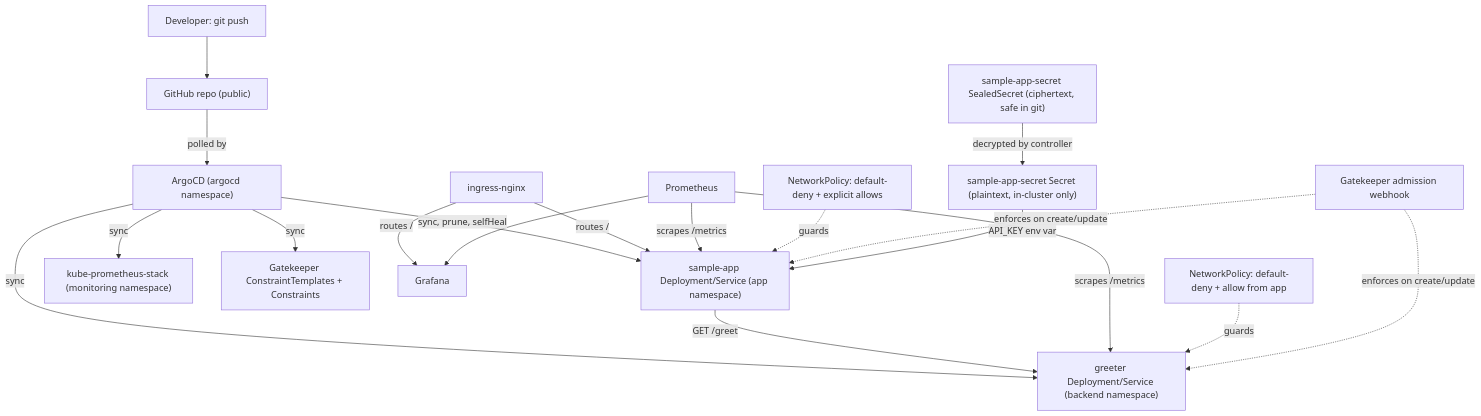
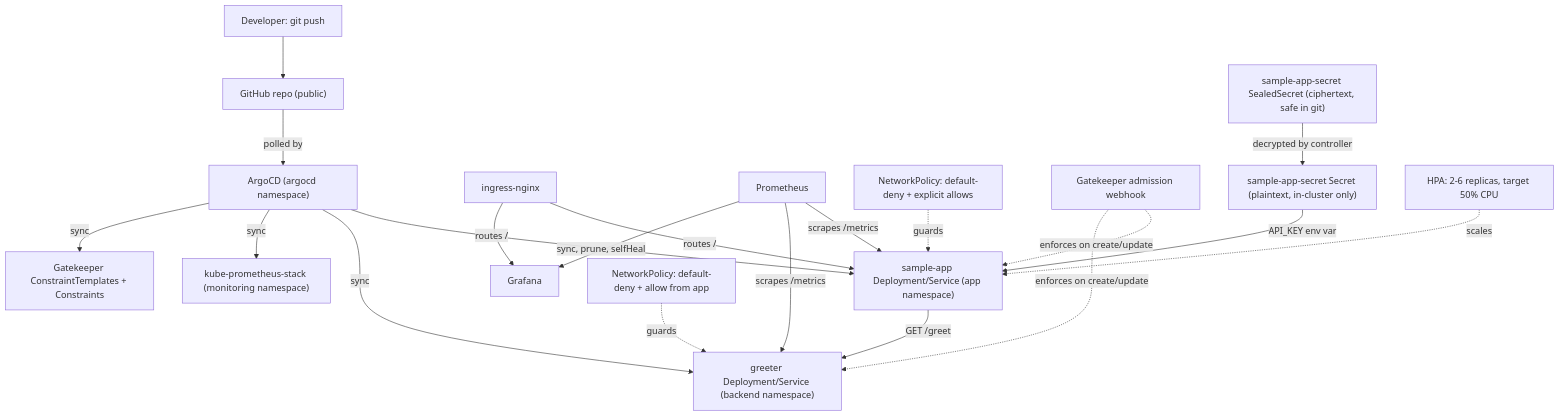
Before and after one commit to soodrajesh/minikube-gitops-platform: the diagram in README.md, drawn with Mermaid. The commit also changed other lines of this file and 4 other files, not shown here.

````diff
--- a/README.md
+++ b/README.md
@@ -11,21 +11,22 @@
 ```mermaid
 graph TD
     Dev["Developer: git push"] --> GH["GitHub repo (public)"]
     GH -->|polled by| ArgoCD["ArgoCD (argocd namespace)"]
     ArgoCD -->|sync, prune, selfHeal| App["sample-app Deployment/Service (app namespace)"]
     ArgoCD -->|sync| Backend["greeter Deployment/Service (backend namespace)"]
     ArgoCD -->|sync| Monitoring["kube-prometheus-stack (monitoring namespace)"]
     ArgoCD -->|sync| Policies["Gatekeeper ConstraintTemplates + Constraints"]
     Ingress["ingress-nginx"] -->|routes /| App
     Ingress -->|routes /| Grafana["Grafana"]
     App -->|GET /greet| Backend
     Prometheus["Prometheus"] -->|scrapes /metrics| App
     Prometheus -->|scrapes /metrics| Backend
     Prometheus --> Grafana
     NetPol["NetworkPolicy: default-deny + explicit allows"] -.guards.-> App
     NetPol2["NetworkPolicy: default-deny + allow from app"] -.guards.-> Backend
     Gatekeeper["Gatekeeper admission webhook"] -.enforces on create/update.-> App
     Gatekeeper -.enforces on create/update.-> Backend
     SealedSecret["sample-app-secret SealedSecret (ciphertext, safe in git)"] -->|decrypted by controller| Secret["sample-app-secret Secret (plaintext, in-cluster only)"]
     Secret -->|API_KEY env var| App
+    HPA["HPA: 2-6 replicas, target 50% CPU"] -.scales.-> App
 ```
````
